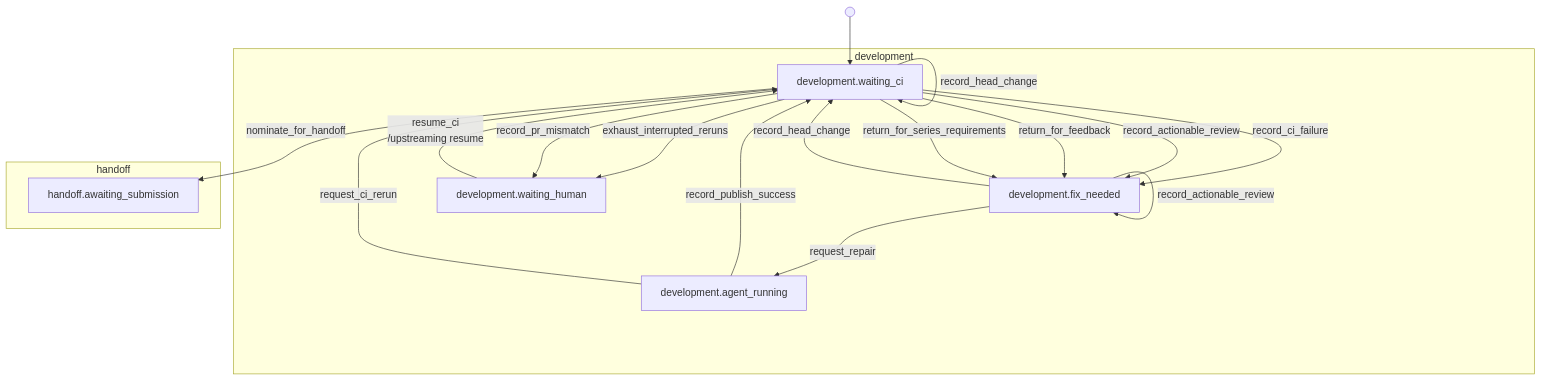
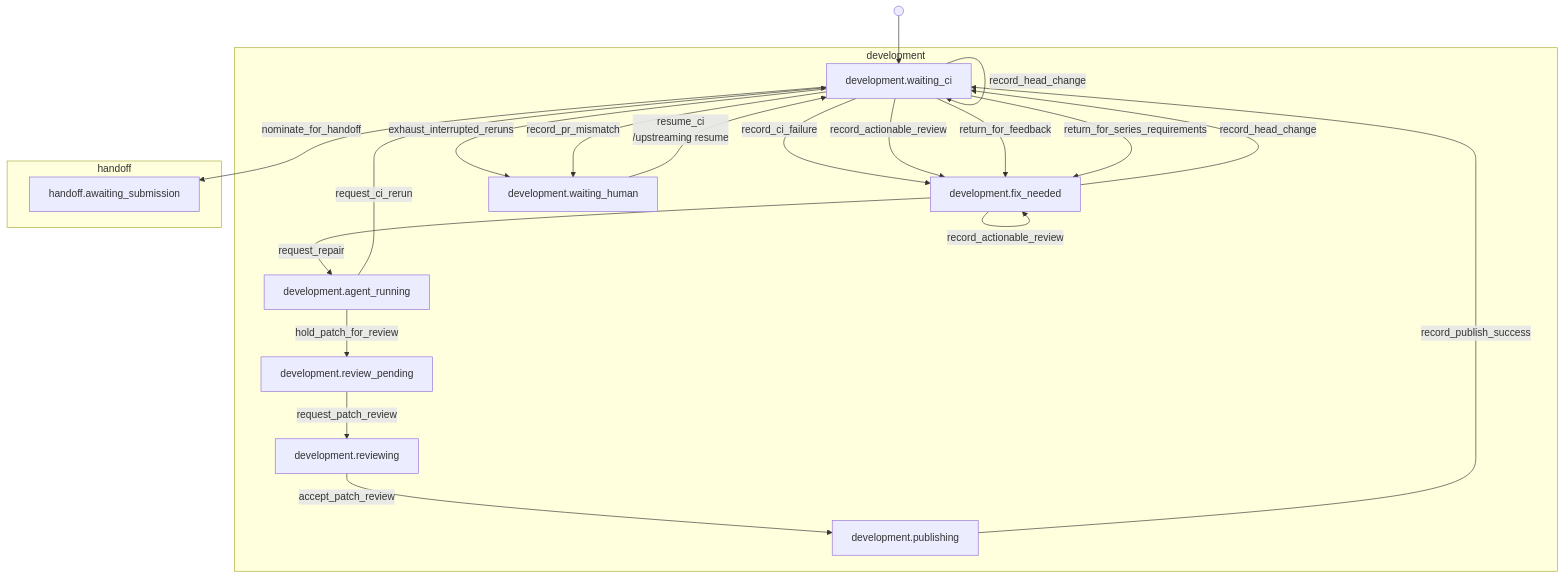
Diagram 11 of 36 in docs/state-machine/index.md (riseproject-dev/porting-agent), drawn with Mermaid before and after one commit. The commit also changed other lines of this file and 61 other files, not shown here.

First line of the commit message:
Review every development patch before it is published

````diff
--- a/docs/state-machine/index.md
+++ b/docs/state-machine/index.md
@@ -367,30 +424,36 @@
 ```mermaid
 flowchart TB
     subgraph development["development"]
         development_waiting_ci["development.waiting_ci"]
         development_fix_needed["development.fix_needed"]
         development_agent_running["development.agent_running"]
+        development_review_pending["development.review_pending"]
+        development_reviewing["development.reviewing"]
+        development_publishing["development.publishing"]
         development_waiting_human["development.waiting_human"]
     end
     subgraph handoff["handoff"]
         handoff_awaiting_submission["handoff.awaiting_submission"]
     end
 
     start_1(( )) --> development_waiting_ci
     development_waiting_ci -->|record_ci_failure| development_fix_needed
     development_waiting_ci -->|record_actionable_review| development_fix_needed
     development_fix_needed -->|record_actionable_review| development_fix_needed
     development_waiting_ci -->|record_explanation| development_waiting_ci
     development_fix_needed -->|request_repair| development_agent_running
-    development_agent_running -->|record_publish_success| development_waiting_ci
+    development_agent_running -->|hold_patch_for_review| development_review_pending
+    development_review_pending -->|request_patch_review| development_reviewing
+    development_reviewing -->|accept_patch_review| development_publishing
+    development_publishing -->|record_publish_success| development_waiting_ci
     development_agent_running -->|request_ci_rerun| development_waiting_ci
     development_waiting_ci -->|nominate_for_handoff| handoff_awaiting_submission
     development_waiting_ci -->|rerun_interrupted_ci| development_waiting_ci
     development_waiting_ci -->|exhaust_interrupted_reruns| development_waiting_human
     development_waiting_human -->|resume_ci<br/>/upstreaming resume| development_waiting_ci
     development_waiting_ci -->|record_head_change| development_waiting_ci
     development_fix_needed -->|record_head_change| development_waiting_ci
     development_waiting_ci -->|return_for_feedback| development_fix_needed
     development_waiting_ci -->|return_for_series_requirements| development_fix_needed
     development_waiting_ci -->|record_pr_mismatch| development_waiting_human
 ```
````
